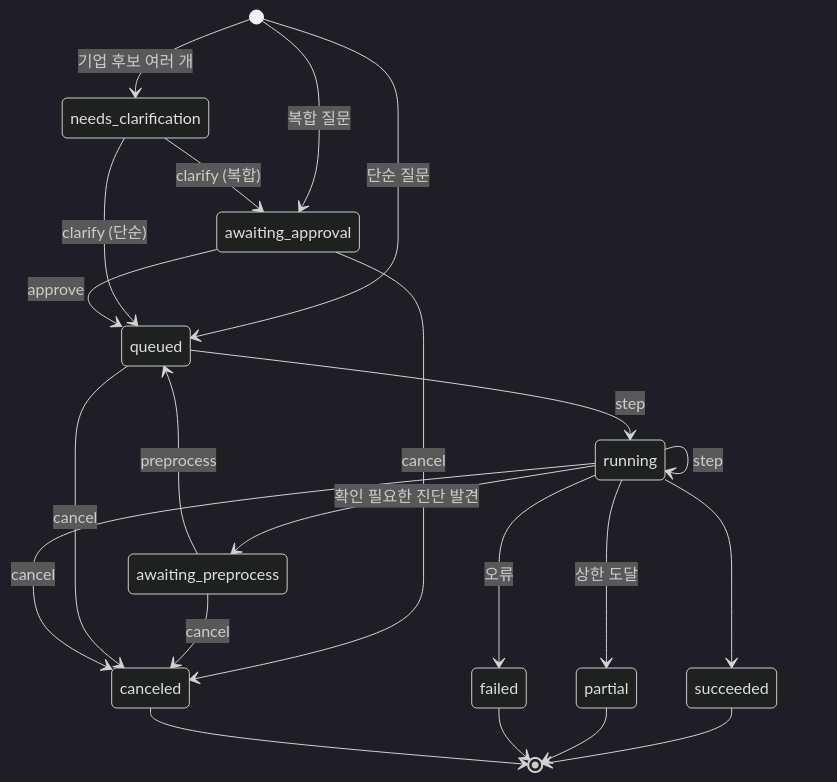
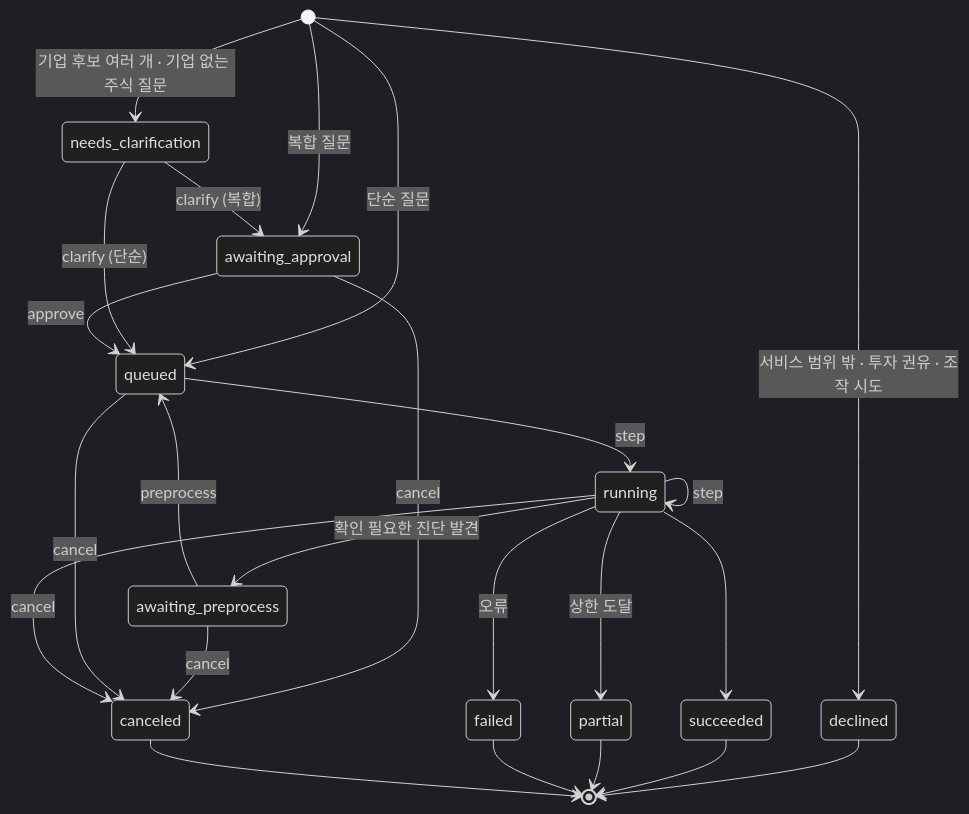
The second of 4 diagrams in DevelopDoc/API_SPEC.md (Benji5526/project_sleepyheads), drawn with Mermaid (dark theme) before and after one commit. The commit also changed other lines of this file and 5 other files, not shown here.

````diff
--- a/DevelopDoc/API_SPEC.md
+++ b/DevelopDoc/API_SPEC.md
@@ -668,24 +696,26 @@
 ```mermaid
 stateDiagram-v2
-    [*] --> needs_clarification: 기업 후보 여러 개
+    [*] --> declined: 서비스 범위 밖 · 투자 권유 · 조작 시도
+    [*] --> needs_clarification: 기업 후보 여러 개 · 기업 없는 주식 질문
     [*] --> awaiting_approval: 복합 질문
     [*] --> queued: 단순 질문
     needs_clarification --> awaiting_approval: clarify (복합)
     needs_clarification --> queued: clarify (단순)
     awaiting_approval --> queued: approve
     queued --> running: step
     running --> running: step
     running --> awaiting_preprocess: 확인 필요한 진단 발견
     awaiting_preprocess --> queued: preprocess
     running --> succeeded
     running --> partial: 상한 도달
     running --> failed: 오류
     awaiting_approval --> canceled: cancel
     awaiting_preprocess --> canceled: cancel
     queued --> canceled: cancel
     running --> canceled: cancel
+    declined --> [*]
     succeeded --> [*]
     partial --> [*]
     failed --> [*]
     canceled --> [*]
 ```
````
